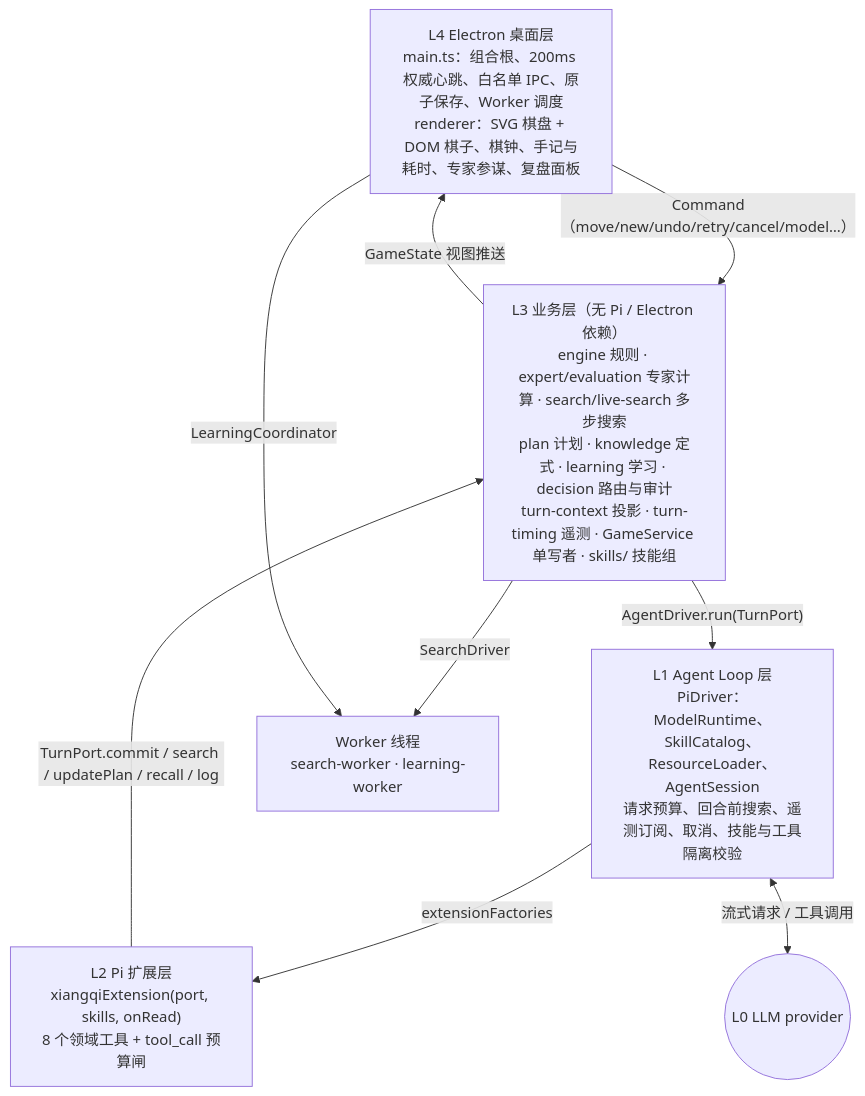
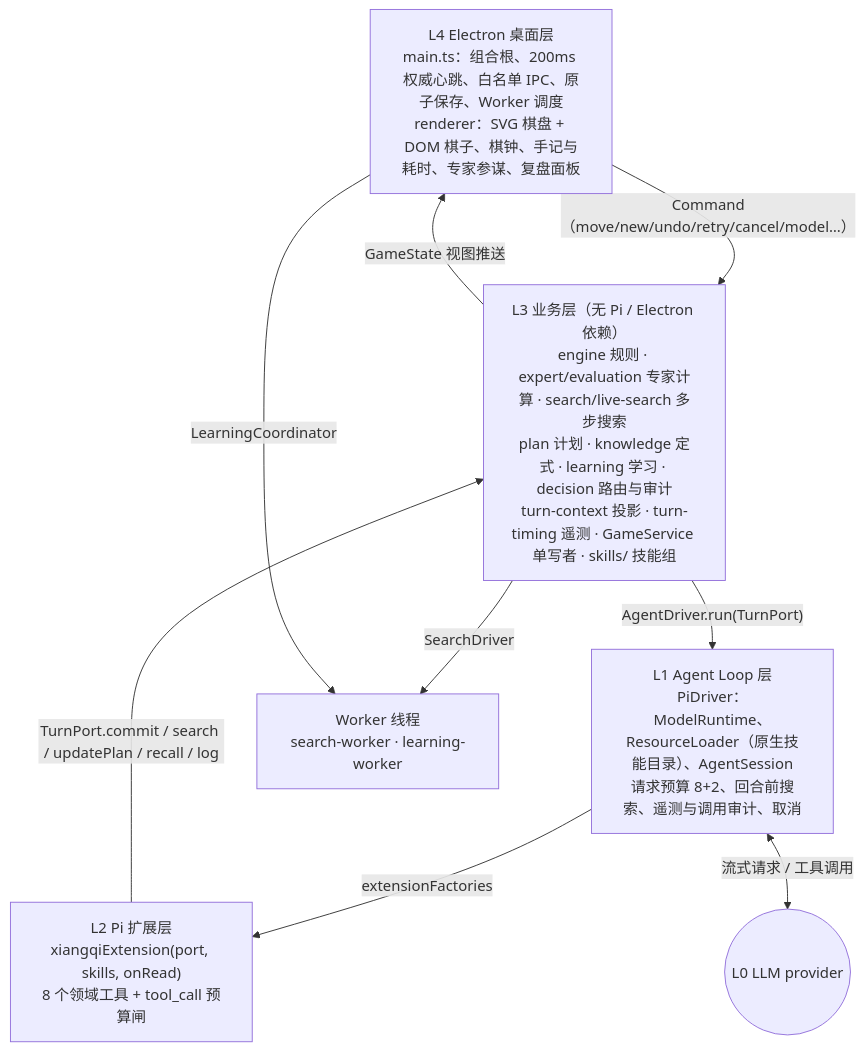
The first of 11 diagrams in apps/chinese-chess/docs/chinese-chess-whitepaper.md (aicoder2048/pi-vs-claude-code), drawn with Mermaid before and after one commit. The commit also changed other lines of this file and 5 other files, not shown here.

````diff
--- a/apps/chinese-chess/docs/chinese-chess-whitepaper.md
+++ b/apps/chinese-chess/docs/chinese-chess-whitepaper.md
@@ -229,17 +229,17 @@
 ```mermaid
 flowchart TB
   L4["L4 Electron 桌面层<br/>main.ts：组合根、200ms 权威心跳、白名单 IPC、原子保存、Worker 调度<br/>renderer：SVG 棋盘 + DOM 棋子、棋钟、手记与耗时、专家参谋、复盘面板"]
   L3["L3 业务层（无 Pi / Electron 依赖）<br/>engine 规则 · expert/evaluation 专家计算 · search/live-search 多步搜索<br/>plan 计划 · knowledge 定式 · learning 学习 · decision 路由与审计<br/>turn-context 投影 · turn-timing 遥测 · GameService 单写者 · skills/ 技能组"]
   L2["L2 Pi 扩展层<br/>xiangqiExtension(port, skills, onRead)<br/>8 个领域工具 + tool_call 预算闸"]
-  L1["L1 Agent Loop 层<br/>PiDriver：ModelRuntime、SkillCatalog、ResourceLoader、AgentSession<br/>请求预算、回合前搜索、遥测订阅、取消、技能与工具隔离校验"]
+  L1["L1 Agent Loop 层<br/>PiDriver：ModelRuntime、ResourceLoader（原生技能目录）、AgentSession<br/>请求预算 8+2、回合前搜索、遥测与调用审计、取消"]
   LLM(("L0 LLM provider"))
   W["Worker 线程<br/>search-worker · learning-worker"]
   L4 -- "Command（move/new/undo/retry/cancel/model…）" --> L3
   L3 -- "GameState 视图推送" --> L4
   L3 -- "AgentDriver.run(TurnPort)" --> L1
   L1 -- "extensionFactories" --> L2
   L1 <-- "流式请求 / 工具调用" --> LLM
   L2 -- "TurnPort.commit / search / updatePlan / recall / log" --> L3
   L3 -- "SearchDriver" --> W
   L4 -- "LearningCoordinator" --> W
 ```
````
